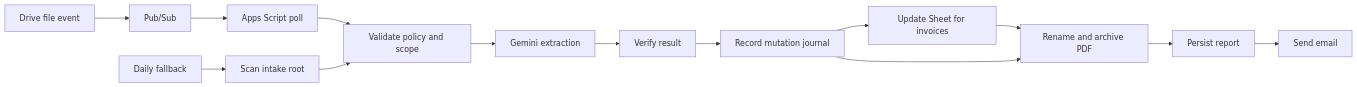
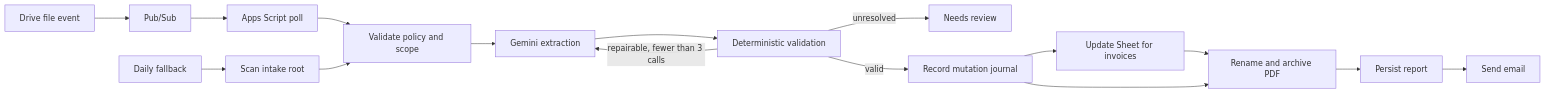
The diagram in README.md (marcomc/Google-Drive-Utilities-Cataloger), drawn with Mermaid before and after one commit. The commit also changed other lines of this file and 9 other files, not shown here.

````diff
--- a/README.md
+++ b/README.md
@@ -19,16 +19,18 @@
 ```mermaid
 flowchart LR
   event[Drive file event] --> pubsub[Pub/Sub]
   pubsub --> poll[Apps Script poll]
   daily[Daily fallback] --> scan[Scan intake root]
   poll --> policy[Validate policy and scope]
   scan --> policy
   policy --> gemini[Gemini extraction]
-  gemini --> verify[Verify result]
-  verify --> journal[Record mutation journal]
+  gemini --> verify[Deterministic validation]
+  verify -->|repairable, fewer than 3 calls| gemini
+  verify -->|unresolved| review[Needs review]
+  verify -->|valid| journal[Record mutation journal]
   journal --> sheets[Update Sheet for invoices]
   sheets --> drive[Rename and archive PDF]
   journal --> drive
   drive --> outbox[Persist report]
   outbox --> mail[Send email]
 ```
````
